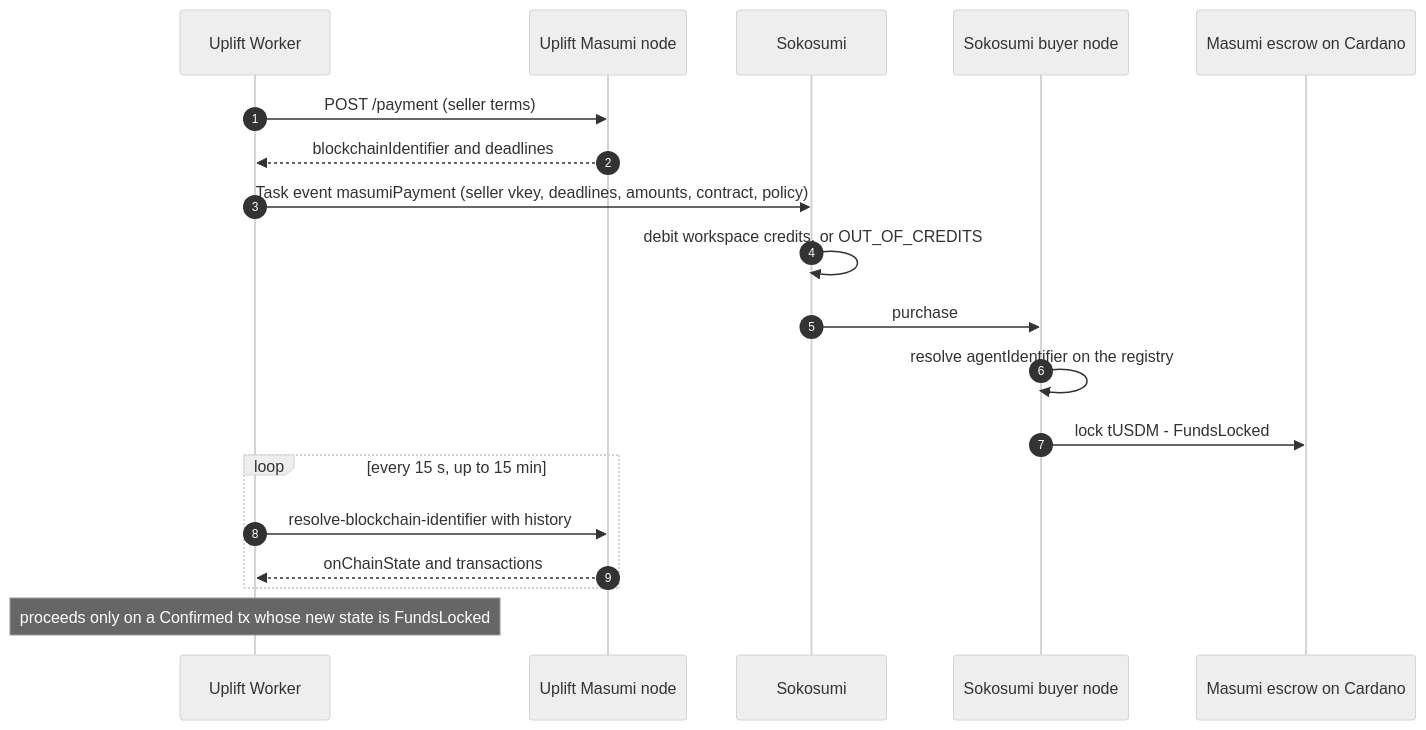
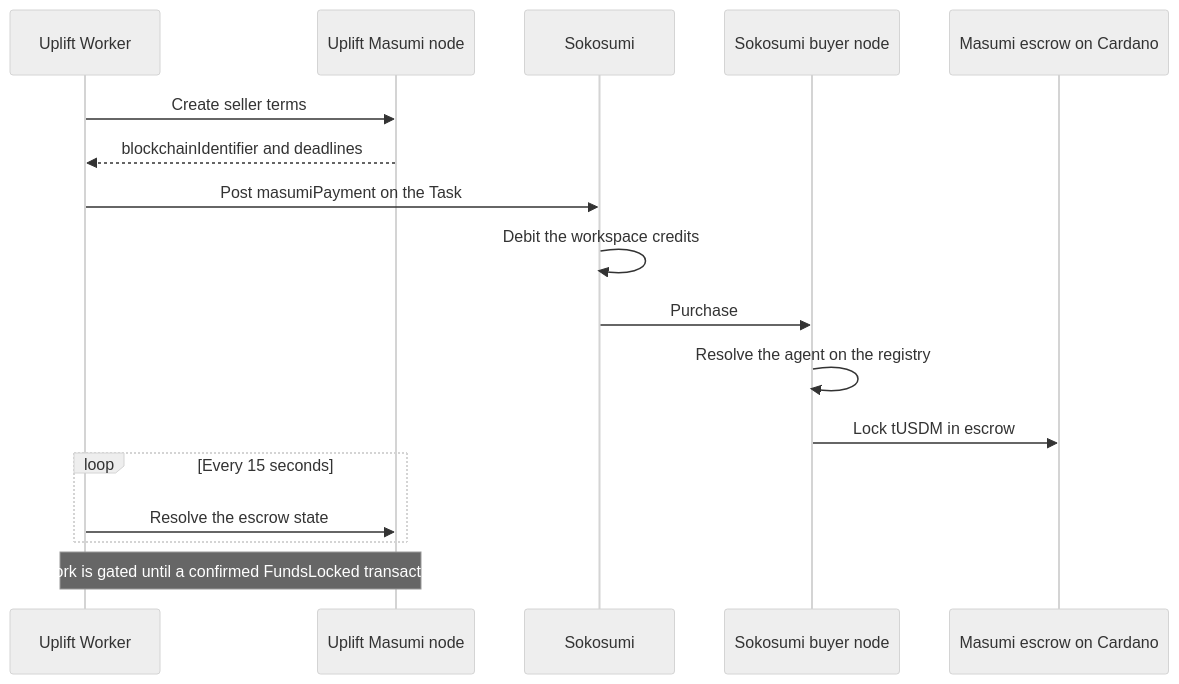
One commit to Marshal-AM/Uplift changed diagram 12 of 15 in README.md. Above: the diagram before and after it, drawn with Mermaid (neutral theme). The commit also changed other lines of this file, not shown here.

First line of the commit message:
README: Uplift on Cardano, Shopify and Google Ads, with on-chain proof

````diff
--- a/README.md
+++ b/README.md
@@ -1416,21 +1290,19 @@
 ```mermaid
 sequenceDiagram
-  autonumber
   participant W as Uplift Worker
   participant P as Uplift Masumi node
   participant S as Sokosumi
   participant B as Sokosumi buyer node
   participant C as Masumi escrow on Cardano
-  W->>P: POST /payment (seller terms)
+  W->>P: Create seller terms
   P-->>W: blockchainIdentifier and deadlines
-  W->>S: Task event masumiPayment (seller vkey, deadlines, amounts, contract, policy)
-  S->>S: debit workspace credits, or OUT_OF_CREDITS
-  S->>B: purchase
-  B->>B: resolve agentIdentifier on the registry
-  B->>C: lock tUSDM - FundsLocked
-  loop every 15 s, up to 15 min
-    W->>P: resolve-blockchain-identifier with history
-    P-->>W: onChainState and transactions
+  W->>S: Post masumiPayment on the Task
+  S->>S: Debit the workspace credits
+  S->>B: Purchase
+  B->>B: Resolve the agent on the registry
+  B->>C: Lock tUSDM in escrow
+  loop Every 15 seconds
+    W->>P: Resolve the escrow state
   end
-  Note over W: proceeds only on a Confirmed tx whose new state is FundsLocked
+  Note over W,P: Work is gated until a confirmed FundsLocked transaction
 ```
````
